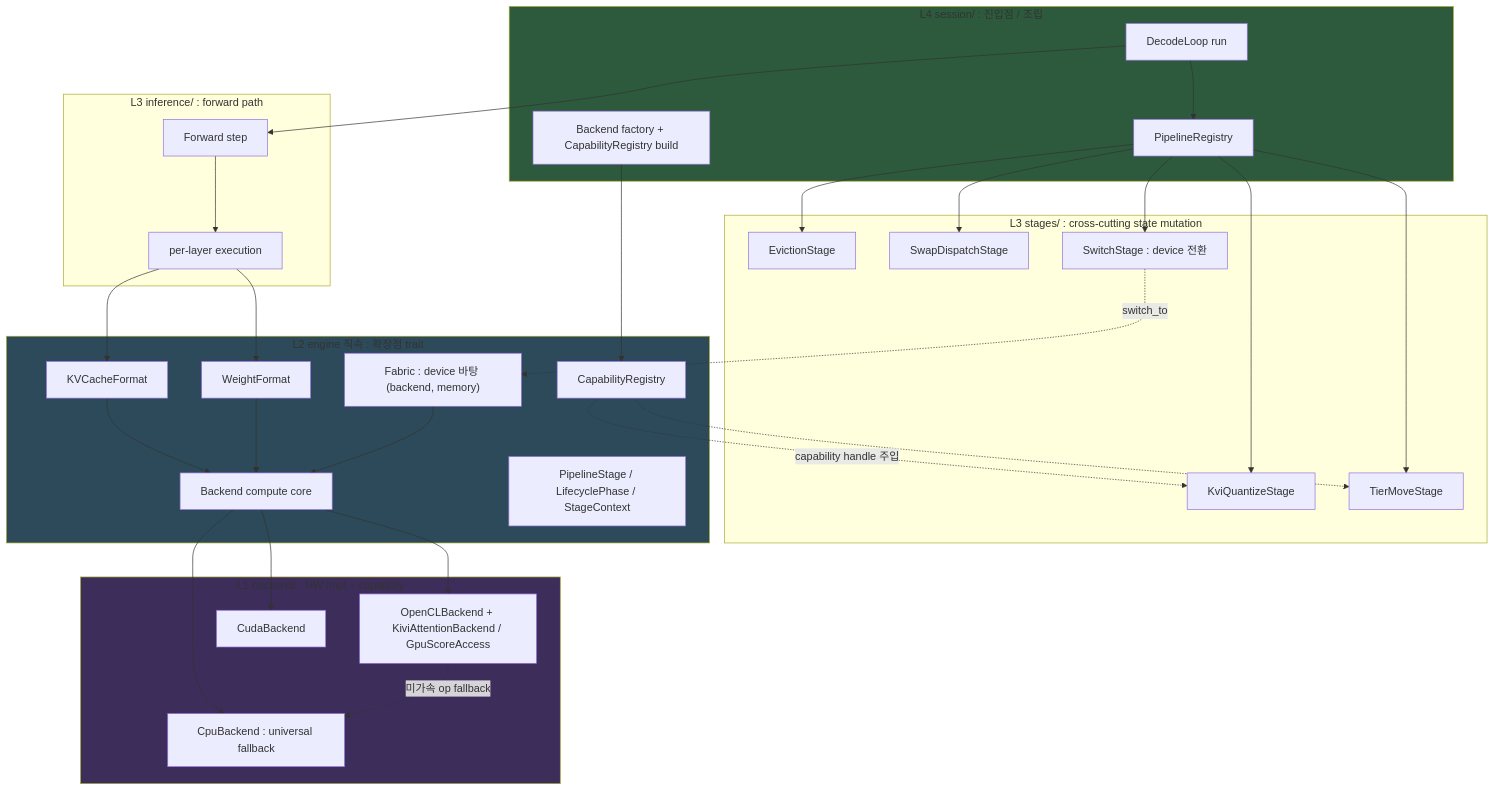
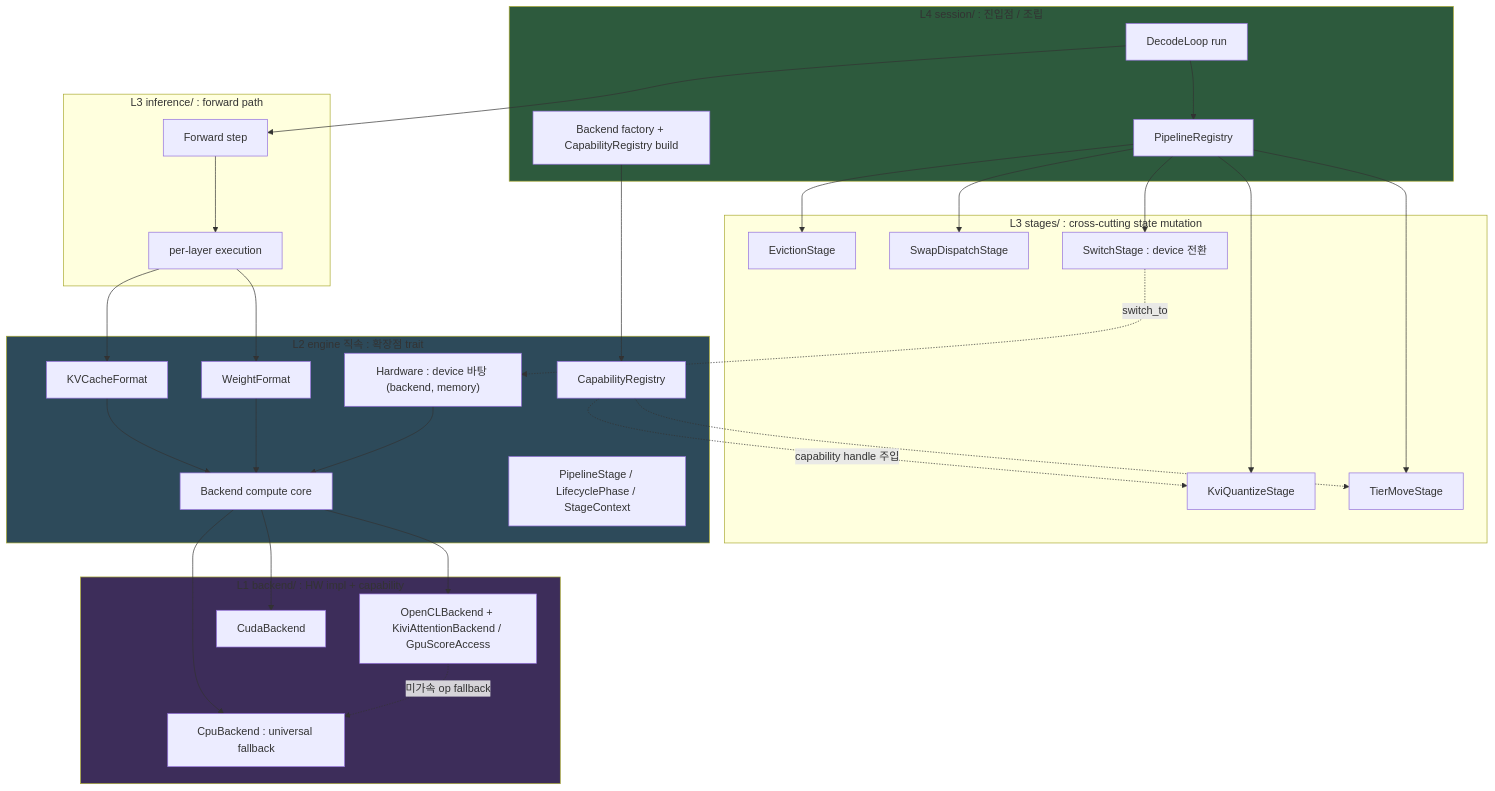
Before and after one commit to hedone21/llm_rs2: the diagram in arch/pipeline_stage_design_v2.md, drawn with Mermaid. The commit also changed other lines of this file and 2 other files, not shown here.

First line of the commit message:
docs(arch): device 2축 후속 — Fabric→Hardware 명명 + pressure scalar + INV-HOTPATH-DISPATCH

````diff
--- a/arch/pipeline_stage_design_v2.md
+++ b/arch/pipeline_stage_design_v2.md
@@ -30,62 +30,62 @@
 ```mermaid
 flowchart TB
     subgraph L4["L4 session/ : 진입점 / 조립"]
         decode["DecodeLoop run"]
         registry["PipelineRegistry"]
         factory["Backend factory + CapabilityRegistry build"]
     end
 
     subgraph L3stage["L3 stages/ : cross-cutting state mutation"]
         evict["EvictionStage"]
         swap["SwapDispatchStage"]
         kivi_q["KviQuantizeStage"]
         tier["TierMoveStage"]
         sw["SwitchStage : device 전환"]
     end
 
     subgraph L3inf["L3 inference/ : forward path"]
         fwd["Forward step"]
         layerexec["per-layer execution"]
     end
 
     subgraph L2["L2 engine 직속 : 확장점 trait"]
         be["Backend compute core"]
-        fabric["Fabric : device 바탕 (backend, memory)"]
+        hw["Hardware : device 바탕 (backend, memory)"]
         kvl["KVCacheFormat"]
         wl["WeightFormat"]
         ps["PipelineStage / LifecyclePhase / StageContext"]
         caps["CapabilityRegistry"]
     end
 
     subgraph L1["L1 backend/ : HW impl + capability"]
         cpu["CpuBackend : universal fallback"]
         ocl["OpenCLBackend + KiviAttentionBackend / GpuScoreAccess"]
         cuda["CudaBackend"]
     end
 
     decode --> registry
     decode --> fwd
     factory --> caps
     registry --> evict
     registry --> swap
     registry --> kivi_q
     registry --> tier
     registry --> sw
     fwd --> layerexec
     layerexec --> kvl
     layerexec --> wl
     kvl --> be
     wl --> be
-    fabric --> be
-    sw -.->|switch_to| fabric
+    hw --> be
+    sw -.->|switch_to| hw
     be --> cpu
     be --> ocl
     be --> cuda
     caps -.->|capability handle 주입| kivi_q
     caps -.-> tier
     ocl -.->|미가속 op fallback| cpu
 
     style L2 fill:#2d4a5a
     style L1 fill:#3d2d5a
     style L4 fill:#2d5a3d
 ```
````
